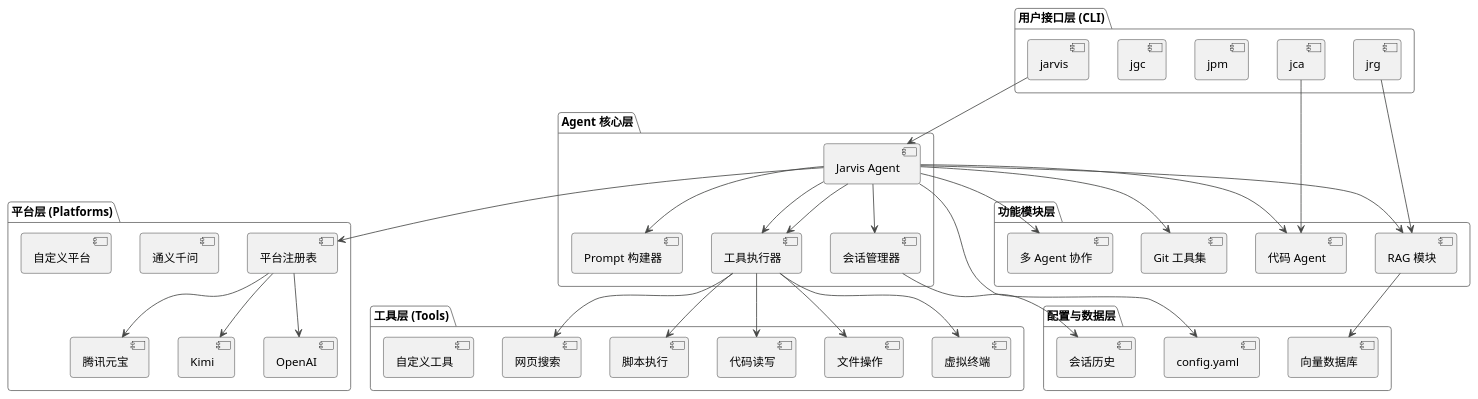
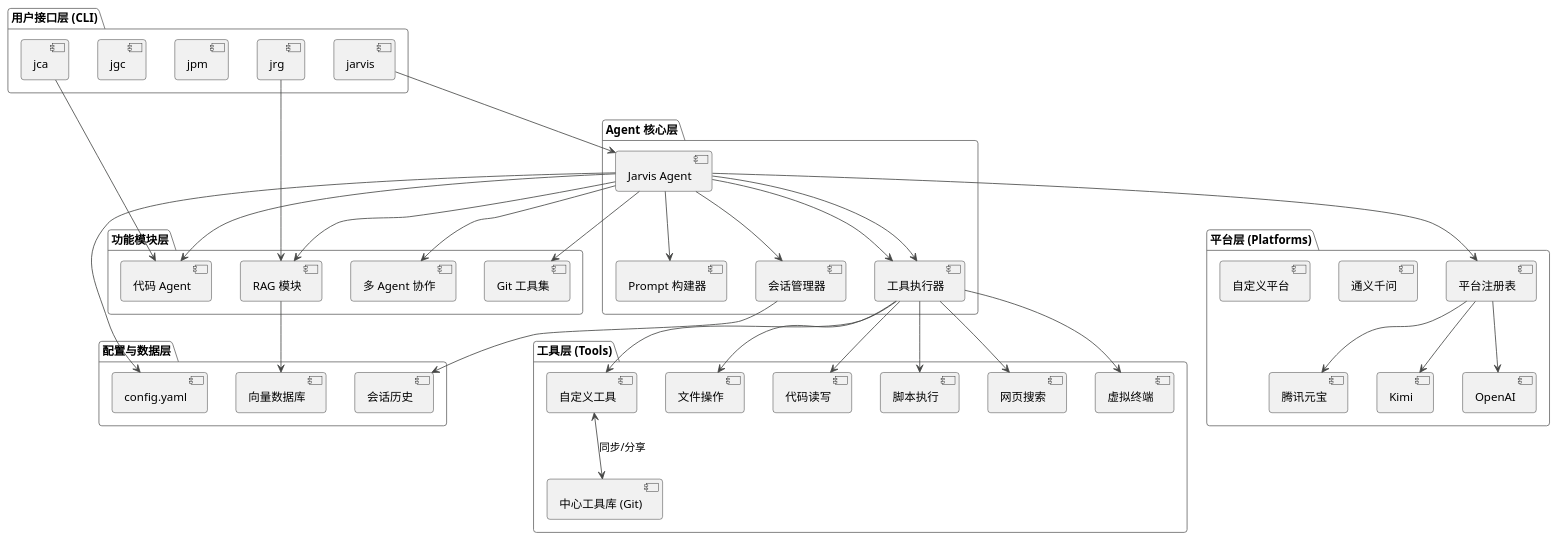
Before and after one commit to skyfireitdiy/Jarvis: the diagram in docs/Jarvis_Product_Report.md, drawn with PlantUML. The commit also changed 5 other files, not shown here.

````diff
--- a/docs/Jarvis_Product_Report.md
+++ b/docs/Jarvis_Product_Report.md
@@ -27,78 +27,81 @@
 ```plantuml
 @startuml
 !theme vibrant
 
 package "用户接口层 (CLI)" {
   [jarvis]
   [jca]
   [jpm]
   [jgc]
   [jrg]
 }
 
 package "Agent 核心层" {
   [Jarvis Agent] as Agent
   Agent --> [会话管理器]
   Agent --> [Prompt 构建器]
   Agent --> [工具执行器]
 }
 
 package "功能模块层" {
   [代码 Agent] as CodeAgent
   [RAG 模块] as RAG
   [Git 工具集] as GitUtils
   [多 Agent 协作] as MultiAgent
 }
 
 package "工具层 (Tools)" {
   [文件操作]
   [代码读写]
   [脚本执行]
   [网页搜索]
   [虚拟终端]
   [自定义工具]
+  [中心工具库 (Git)] as CentralToolRepo
 }
 
 package "平台层 (Platforms)" {
   [平台注册表]
   [腾讯元宝]
   [Kimi]
   [OpenAI]
   [通义千问]
   [自定义平台]
 }
 
 package "配置与数据层" {
   [config.yaml]
   [向量数据库]
   [会话历史]
 }
 
 ' --- 关系定义 ---
 [jarvis] --> Agent
 [jca] --> CodeAgent
 [jrg] --> RAG
 
 Agent --> CodeAgent
 Agent --> RAG
 Agent --> GitUtils
 Agent --> MultiAgent
 
 Agent --> [工具执行器]
 [工具执行器] --> [文件操作]
 [工具执行器] --> [代码读写]
 [工具执行器] --> [脚本执行]
 [工具执行器] --> [网页搜索]
 [工具执行器] --> [虚拟终端]
+[工具执行器] --> [自定义工具]
+[自定义工具] <--> CentralToolRepo : "同步/分享"
 
 Agent --> [平台注册表]
 [平台注册表] --> [腾讯元宝]
 [平台注册表] --> [Kimi]
 [平台注册表] --> [OpenAI]
 
 Agent --> [config.yaml]
 RAG --> [向量数据库]
 [会话管理器] --> [会话历史]
 
 @enduml
 ```
````
